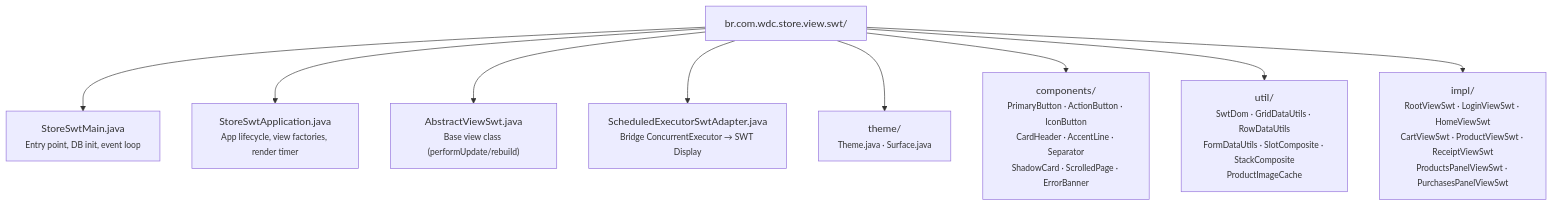
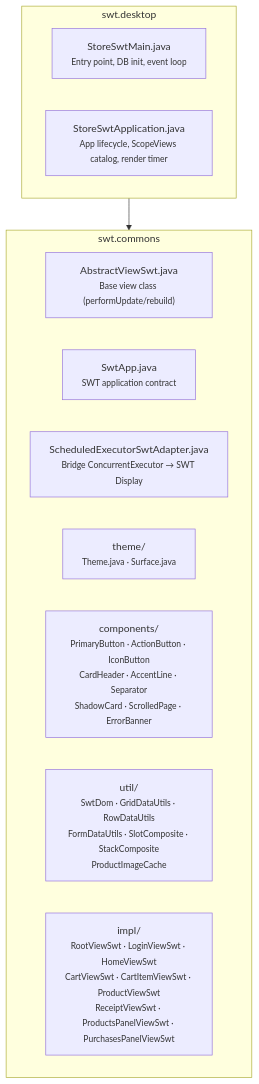
Before and after one commit to mrcdom/wdc-cube-java-v2: the third of 3 diagrams in fontes/br.com.wdc.store/br.com.wdc.store.view.swt/README.md, drawn with Mermaid. The commit also changed other lines of this file and 50 other files, not shown here.

````diff
--- a/fontes/br.com.wdc.store/br.com.wdc.store.view.swt/README.md
+++ b/fontes/br.com.wdc.store/br.com.wdc.store.view.swt/README.md
@@ -37,21 +39,19 @@
 ```mermaid
 graph TD
-    root["br.com.wdc.store.view.swt/"]
-    main["StoreSwtMain.java<br/><small>Entry point, DB init, event loop</small>"]
-    app["StoreSwtApplication.java<br/><small>App lifecycle, view factories, render timer</small>"]
-    base["AbstractViewSwt.java<br/><small>Base view class (performUpdate/rebuild)</small>"]
-    sched["ScheduledExecutorSwtAdapter.java<br/><small>Bridge ConcurrentExecutor → SWT Display</small>"]
-    theme["theme/<br/><small>Theme.java · Surface.java</small>"]
-    components["components/<br/><small>PrimaryButton · ActionButton · IconButton<br/>CardHeader · AccentLine · Separator<br/>ShadowCard · ScrolledPage · ErrorBanner</small>"]
-    util["util/<br/><small>SwtDom · GridDataUtils · RowDataUtils<br/>FormDataUtils · SlotComposite · StackComposite<br/>ProductImageCache</small>"]
-    impl["impl/<br/><small>RootViewSwt · LoginViewSwt · HomeViewSwt<br/>CartViewSwt · ProductViewSwt · ReceiptViewSwt<br/>ProductsPanelViewSwt · PurchasesPanelViewSwt</small>"]
+    subgraph Desktop["swt.desktop"]
+        main["StoreSwtMain.java<br/><small>Entry point, DB init, event loop</small>"]
+        app["StoreSwtApplication.java<br/><small>App lifecycle, ScopeViews catalog, render timer</small>"]
+    end
 
-    root --> main
-    root --> app
-    root --> base
-    root --> sched
-    root --> theme
-    root --> components
-    root --> util
-    root --> impl
+    subgraph Commons["swt.commons"]
+        base["AbstractViewSwt.java<br/><small>Base view class (performUpdate/rebuild)</small>"]
+        swtApp["SwtApp.java<br/><small>SWT application contract</small>"]
+        sched["ScheduledExecutorSwtAdapter.java<br/><small>Bridge ConcurrentExecutor → SWT Display</small>"]
+        theme["theme/<br/><small>Theme.java · Surface.java</small>"]
+        components["components/<br/><small>PrimaryButton · ActionButton · IconButton<br/>CardHeader · AccentLine · Separator<br/>ShadowCard · ScrolledPage · ErrorBanner</small>"]
+        util["util/<br/><small>SwtDom · GridDataUtils · RowDataUtils<br/>FormDataUtils · SlotComposite · StackComposite<br/>ProductImageCache</small>"]
+        impl["impl/<br/><small>RootViewSwt · LoginViewSwt · HomeViewSwt<br/>CartViewSwt · CartItemViewSwt · ProductViewSwt<br/>ReceiptViewSwt · ProductsPanelViewSwt · PurchasesPanelViewSwt</small>"]
+    end
+
+    Desktop --> Commons
 ```
````
